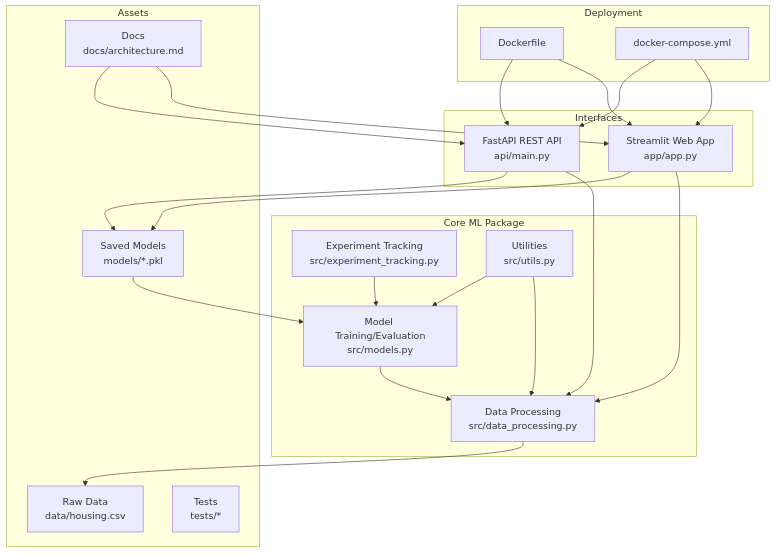
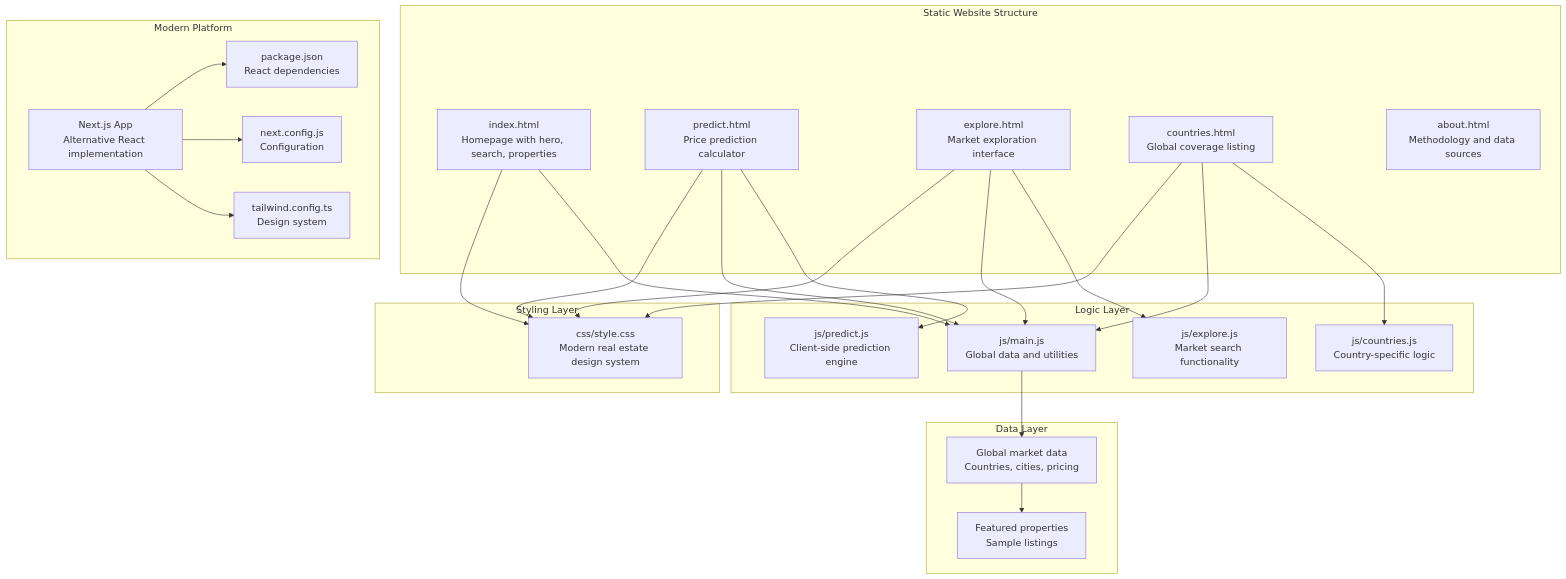
Before and after one commit to tashkirrr/housing-price-prediction: the first of 4 diagrams in .qoder/repowiki/en/content/Project Overview.md, drawn with Mermaid. The commit also changed other lines of this file and 9 other files, not shown here.

First line of the commit message:
refactor(docs): restructure docs for static website deployment

````diff
--- a/.qoder/repowiki/en/content/Project Overview.md
+++ b/.qoder/repowiki/en/content/Project Overview.md
@@ -64,39 +59,45 @@
 ```mermaid
 graph TB
-subgraph "Interfaces"
-API["FastAPI REST API<br/>api/main.py"]
-APP["Streamlit Web App<br/>app/app.py"]
+subgraph "Static Website Structure"
+HOME["index.html<br/>Homepage with hero, search, properties"]
+PREDICT["predict.html<br/>Price prediction calculator"]
+EXPLORE["explore.html<br/>Market exploration interface"]
+COUNTRIES["countries.html<br/>Global coverage listing"]
+ABOUT["about.html<br/>Methodology and data sources"]
 end
-subgraph "Core ML Package"
-DP["Data Processing<br/>src/data_processing.py"]
-MODELS["Model Training/Evaluation<br/>src/models.py"]
-EXP["Experiment Tracking<br/>src/experiment_tracking.py"]
-UTILS["Utilities<br/>src/utils.py"]
+subgraph "Styling Layer"
+STYLE["css/style.css<br/>Modern real estate design system"]
 end
-subgraph "Assets"
-DATA["Raw Data<br/>data/housing.csv"]
-MODELS_DIR["Saved Models<br/>models/*.pkl"]
-DOCS["Docs<br/>docs/architecture.md"]
-TESTS["Tests<br/>tests/*"]
+subgraph "Logic Layer"
+MAIN["js/main.js<br/>Global data and utilities"]
+PREDICT_JS["js/predict.js<br/>Client-side prediction engine"]
+EXPLORE_JS["js/explore.js<br/>Market search functionality"]
+COUNTRIES_JS["js/countries.js<br/>Country-specific logic"]
 end
-subgraph "Deployment"
-DF["Dockerfile"]
-DC["docker-compose.yml"]
+subgraph "Data Layer"
+GLOBAL_DATA["Global market data<br/>Countries, cities, pricing"]
+FEATURED["Featured properties<br/>Sample listings"]
 end
-API --> MODELS_DIR
-APP --> MODELS_DIR
-API --> DP
-APP --> DP
-MODELS --> DP
-EXP --> MODELS
-UTILS --> MODELS
-UTILS --> DP
-DP --> DATA
-MODELS_DIR --> MODELS
-DOCS --> API
-DOCS --> APP
-DF --> API
-DF --> APP
-DC --> API
-DC --> APP
+subgraph "Modern Platform"
+NEXT_APP["Next.js App<br/>Alternative React implementation"]
+NEXT_PKG["package.json<br/>React dependencies"]
+NEXT_CONFIG["next.config.js<br/>Configuration"]
+TAILWIND["tailwind.config.ts<br/>Design system"]
+end
+HOME --> STYLE
+PREDICT --> STYLE
+EXPLORE --> STYLE
+COUNTRIES --> STYLE
+HOME --> MAIN
+PREDICT --> MAIN
+EXPLORE --> MAIN
+COUNTRIES --> MAIN
+PREDICT --> PREDICT_JS
+EXPLORE --> EXPLORE_JS
+COUNTRIES --> COUNTRIES_JS
+MAIN --> GLOBAL_DATA
+GLOBAL_DATA --> FEATURED
+NEXT_APP --> NEXT_PKG
+NEXT_APP --> NEXT_CONFIG
+NEXT_APP --> TAILWIND
 ```
````
